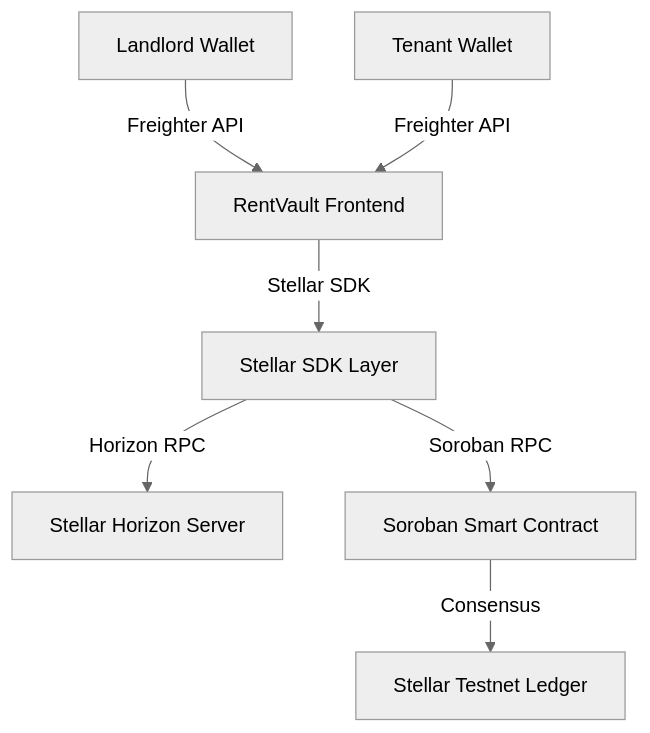
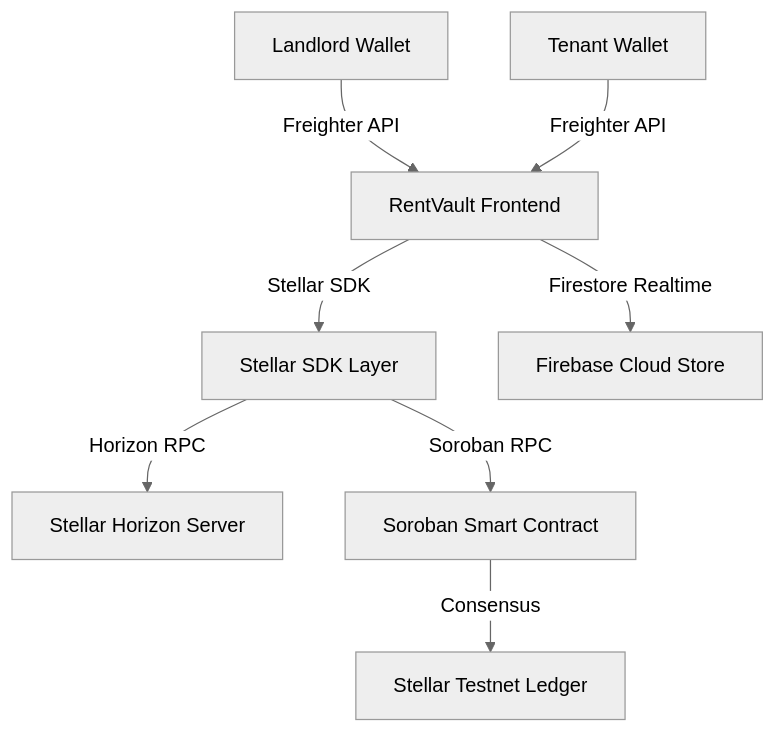
Before and after one commit to kamanasis/RentVault: the diagram in README.md, drawn with Mermaid (neutral theme). The commit also changed other lines of this file, not shown here.

Commit message:
docs: Enhance README.md for Stella Level 1 & Level 2 submission readiness with compliance matrix, Soroban feature breakdowns, 8-stage timeline, and updated workflow tree

````diff
--- a/README.md
+++ b/README.md
@@ -192,9 +181,10 @@
 ```mermaid
 graph TD
     A[Landlord Wallet] -->|Freighter API| B[RentVault Frontend]
     C[Tenant Wallet] -->|Freighter API| B
     B -->|Stellar SDK| D[Stellar SDK Layer]
+    B -->|Firestore Realtime| H[Firebase Cloud Store]
     D -->|Horizon RPC| E[Stellar Horizon Server]
     D -->|Soroban RPC| F[Soroban Smart Contract]
     F -->|Consensus| G[Stellar Testnet Ledger]
 ```
````
